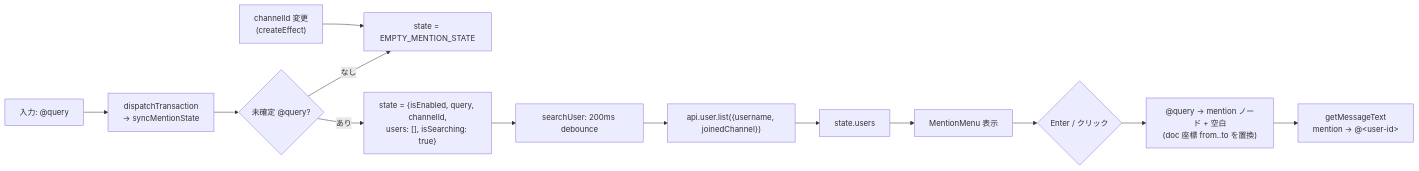
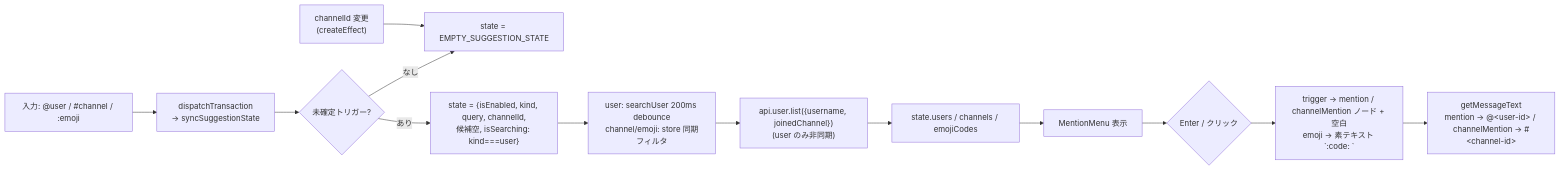
Before and after one commit to NfoAlex/giracle-frontend-solid: the diagram in src/components/unique/GiracleTextinput/README.md, drawn with Mermaid. The commit also changed other lines of this file and 7 other files, not shown here.

````diff
--- a/src/components/unique/GiracleTextinput/README.md
+++ b/src/components/unique/GiracleTextinput/README.md
@@ -55,15 +57,15 @@
 ```mermaid
 flowchart LR
-  A["入力: @query"] --> B["dispatchTransaction<br/>→ syncMentionState"]
-  B --> C{未確定 @query?}
-  C -- なし --> D["state = EMPTY_MENTION_STATE"]
-  C -- あり --> E["state = {isEnabled, query, channelId,<br/>users: [], isSearching: true}"]
-  E --> F["searchUser: 200ms debounce"]
-  F --> G["api.user.list({username, joinedChannel})"]
-  G --> H["state.users"]
+  A["入力: @user / #channel / :emoji"] --> B["dispatchTransaction<br/>→ syncSuggestionState"]
+  B --> C{未確定トリガー?}
+  C -- なし --> D["state = EMPTY_SUGGESTION_STATE"]
+  C -- あり --> E["state = {isEnabled, kind, query, channelId,<br/>候補空, isSearching: kind===user}"]
+  E --> F["user: searchUser 200ms debounce<br/>channel/emoji: store 同期フィルタ"]
+  F --> G["api.user.list({username, joinedChannel})<br/>(user のみ非同期)"]
+  G --> H["state.users / channels / emojiCodes"]
   H --> I["MentionMenu 表示"]
   X["channelId 変更<br/>(createEffect)"] --> D
   I --> J{"Enter / クリック"}
-  J --> K["@query → mention ノード + 空白<br/>(doc 座標 from..to を置換)"]
-  K --> L["getMessageText<br/>mention → @&lt;user-id&gt;"]
+  J --> K["trigger → mention / channelMention ノード + 空白<br/>emoji → 素テキスト `:code: `"]
+  K --> L["getMessageText<br/>mention → @&lt;user-id&gt; / channelMention → #&lt;channel-id&gt;"]
 ```
````
